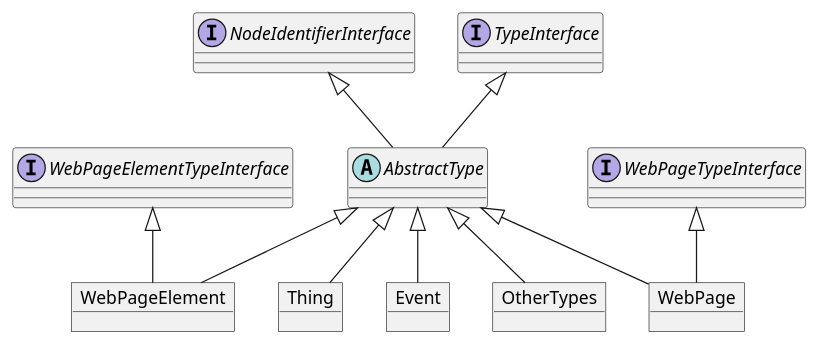
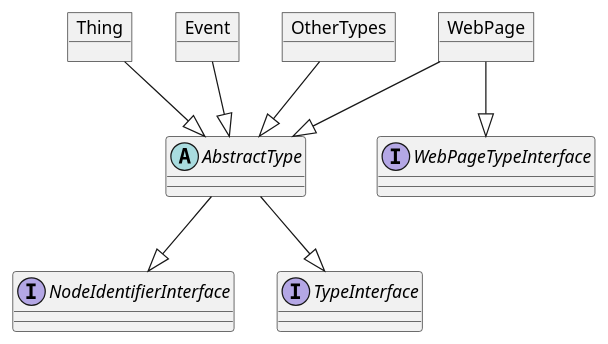
Before and after one commit to brotkrueml/schema: the diagram in Documentation/Developer/Api.rst, drawn with PlantUML. The commit also changed other lines of this file and 1 other file, not shown here.

Commit message:
[DOCS] Remove documentation of dropped TypeRegistry class

```diff
--- a/Documentation/Developer/Api.rst
+++ b/Documentation/Developer/Api.rst
@@ -277,23 +275,19 @@
 .. uml::
    :caption: Inheritance of the type models (namespaces are omitted for better readability)
 
-   interface NodeIdentifierInterface
-   interface TypeInterface
-   interface WebPageElementTypeInterface
-   interface WebPageTypeInterface
-   abstract AbstractType
-   object WebPageElement
    object Thing
    object Event
    object OtherTypes
    object WebPage
+   abstract AbstractType
+   interface NodeIdentifierInterface
+   interface TypeInterface
+   interface WebPageTypeInterface
 
-   WebPageElementTypeInterface <|-- WebPageElement
-   WebPageTypeInterface <|-- WebPage
-   NodeIdentifierInterface <|-- AbstractType
-   TypeInterface <|-- AbstractType
-   AbstractType <|-- WebPageElement
-   AbstractType <|-- Thing
-   AbstractType <|-- Event
-   AbstractType <|-- OtherTypes
-   AbstractType <|-- WebPage
+   Thing --|> AbstractType
+   Event --|> AbstractType
+   OtherTypes --|> AbstractType
+   WebPage --|> AbstractType
+   AbstractType --|> TypeInterface
+   AbstractType --|> NodeIdentifierInterface
+   WebPage --|> WebPageTypeInterface
```
